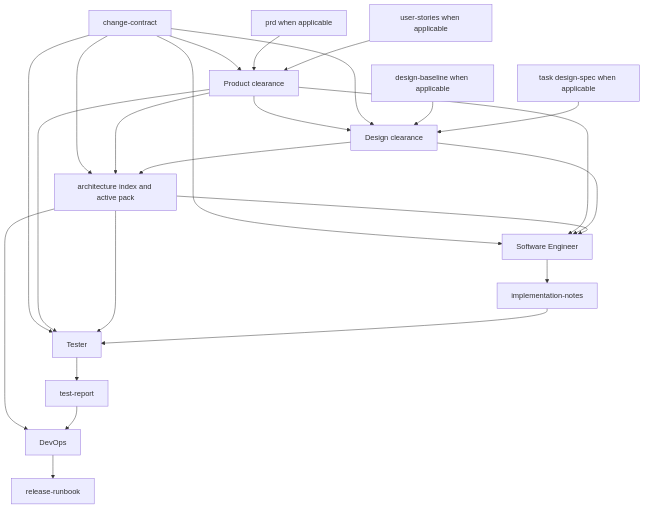
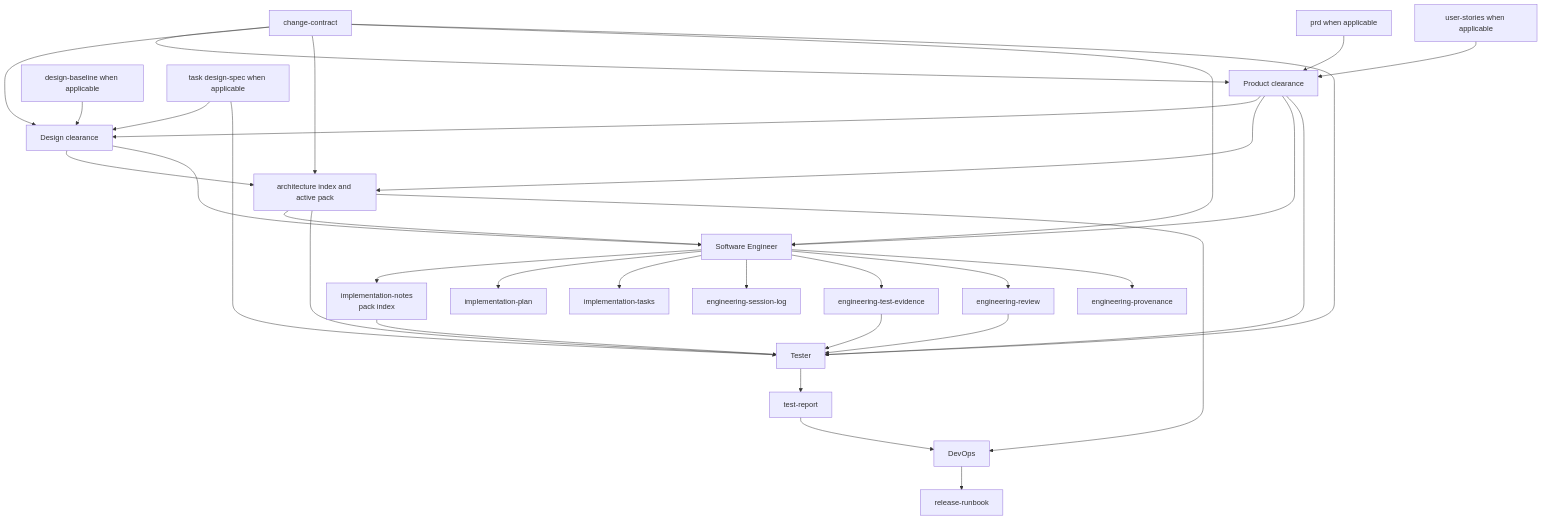
Before and after one commit to davych/agents-instruction: the third of 3 diagrams in guidelines/workflow/README.md, drawn with Mermaid. The commit also changed other lines of this file and 148 other files, not shown here.

````diff
--- a/guidelines/workflow/README.md
+++ b/guidelines/workflow/README.md
@@ -121,26 +180,35 @@
 ```mermaid
 flowchart TD
   CC["change-contract"] --> Product["Product clearance"]
   PRD["prd when applicable"] --> Product
   Stories["user-stories when applicable"] --> Product
   Product --> Design["Design clearance"]
   CC --> Design
   DB["design-baseline when applicable"] --> Design
   DS["task design-spec when applicable"] --> Design
   CC --> Architecture["architecture index and active pack"]
   Product --> Architecture
   Design --> Architecture
   CC --> Engineer["Software Engineer"]
   Product --> Engineer
   Design --> Engineer
   Architecture --> Engineer
-  Engineer --> Notes["implementation-notes"]
+  Engineer --> Notes["implementation-notes<br/>pack index"]
+  Engineer --> Plan["implementation-plan"]
+  Engineer --> Tasks["implementation-tasks"]
+  Engineer --> Session["engineering-session-log"]
+  Engineer --> TestEvidence["engineering-test-evidence"]
+  Engineer --> Review["engineering-review"]
+  Engineer --> Provenance["engineering-provenance"]
   CC --> Tester["Tester"]
   Product --> Tester
+  DS --> Tester
   Architecture --> Tester
   Notes --> Tester
+  TestEvidence --> Tester
+  Review --> Tester
   Tester --> Report["test-report"]
   Architecture --> DevOps["DevOps"]
   Report --> DevOps
   DevOps --> Runbook["release-runbook"]
 ```
````
